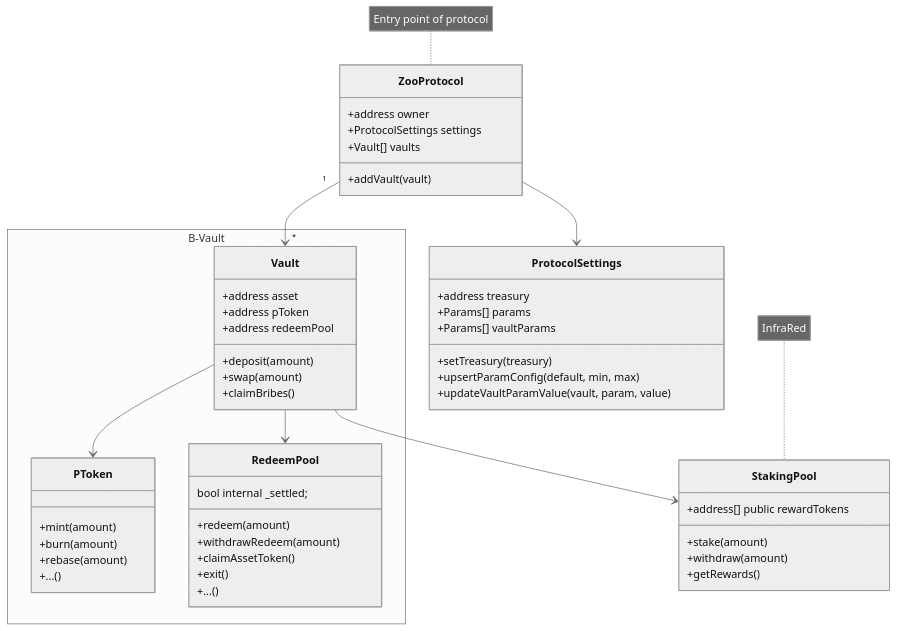
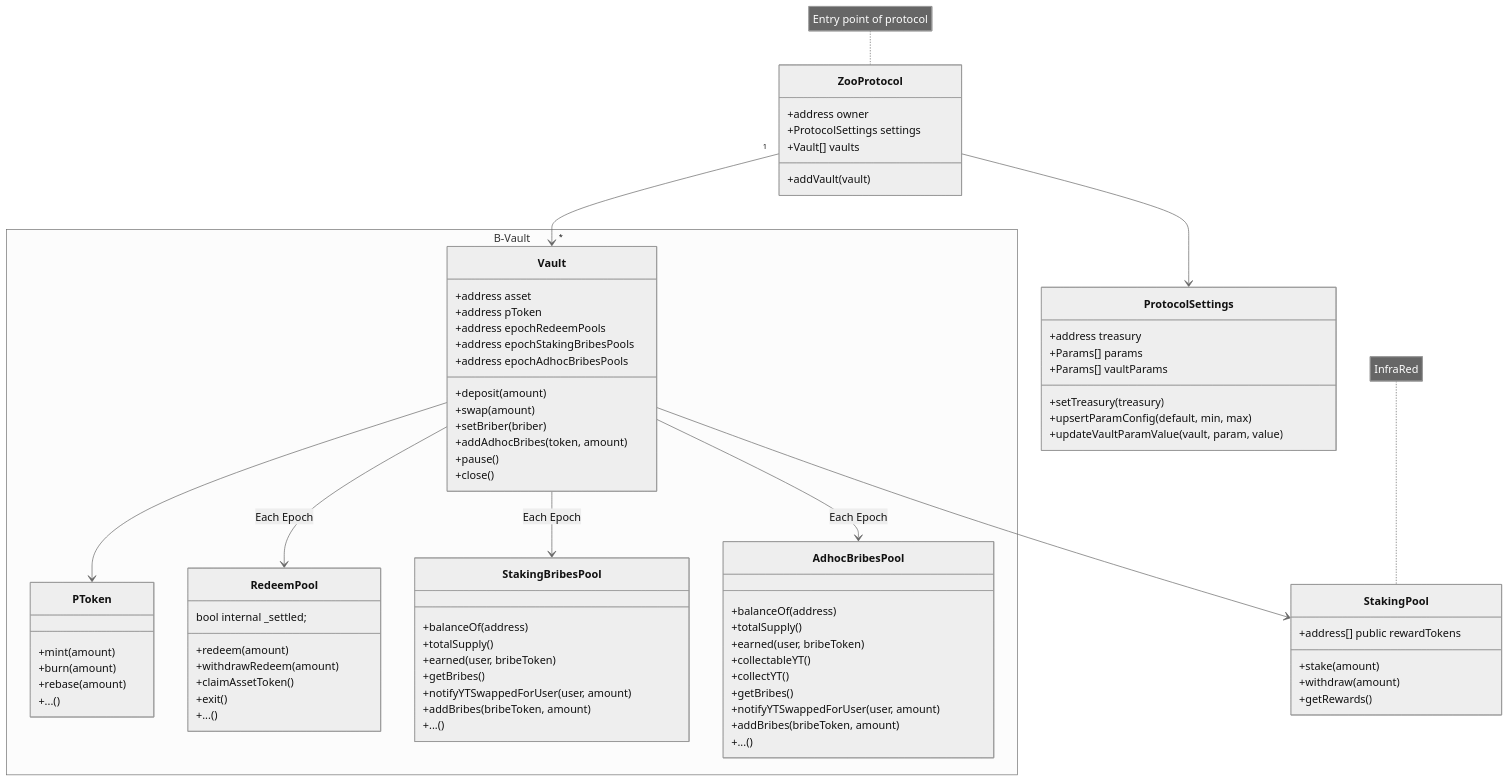
One commit to zoofiio/zoo-bribe-vault changed the diagram in docs/overview.md. Above: the diagram before and after it, drawn with Mermaid (neutral theme).

```````diff
--- a/docs/overview.md
+++ b/docs/overview.md
@@ -28,10 +28,15 @@
   class Vault {
     +address asset
     +address pToken
-    +address redeemPool
+    +address epochRedeemPools
+    +address epochStakingBribesPools
+    +address epochAdhocBribesPools
     +deposit(amount)
     +swap(amount)
-    +claimBribes()
+    +setBriber(briber)
+    +addAdhocBribes(token, amount)
+    +pause()
+    +close()
   }
   class PToken {
     +mint(amount)
@@ -47,13 +52,34 @@
     +exit()
     +...()
   }
+  class StakingBribesPool {
+    +balanceOf(address)
+    +totalSupply()
+    +earned(user, bribeToken)
+    +getBribes()
+    +notifyYTSwappedForUser(user, amount)
+    +addBribes(bribeToken, amount)
+    +...()
+  }
+  class AdhocBribesPool {
+    +balanceOf(address)
+    +totalSupply()
+    +earned(user, bribeToken)
+    +collectableYT()
+    +collectYT()
+    +getBribes()
+    +notifyYTSwappedForUser(user, amount)
+    +addBribes(bribeToken, amount)
+    +...()
+  }
 }
 
 
 ZooProtocol --> ProtocolSettings
 ZooProtocol "1" --> "*" Vault
 Vault --> PToken
-Vault --> RedeemPool
 Vault --> StakingPool
-
+Vault --> RedeemPool : Each Epoch
+Vault --> StakingBribesPool : Each Epoch
+Vault --> AdhocBribesPool : Each Epoch
 ``````
```````
